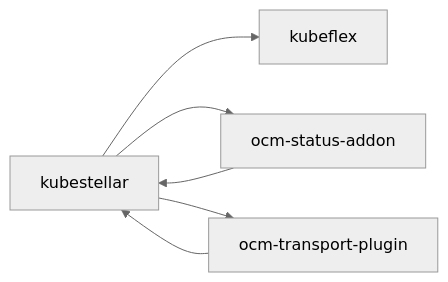
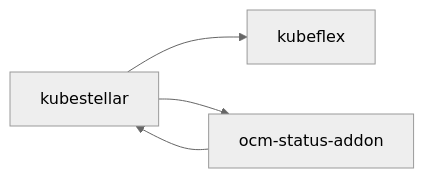
Before and after one commit to kubestellar/docs: the first of 5 diagrams in docs/content/direct/packaging.md, drawn with Mermaid (neutral theme). The commit also changed other lines of this file and 83 other files, not shown here.

````diff
--- a/docs/content/direct/packaging.md
+++ b/docs/content/direct/packaging.md
@@ -7,8 +7,6 @@
 ```mermaid
 flowchart LR
     kubestellar --> kubeflex
     kubestellar --> ocm-status-addon
     ocm-status-addon --> kubestellar
-    ocm-transport-plugin --> kubestellar
-    kubestellar --> ocm-transport-plugin
 ```
````
